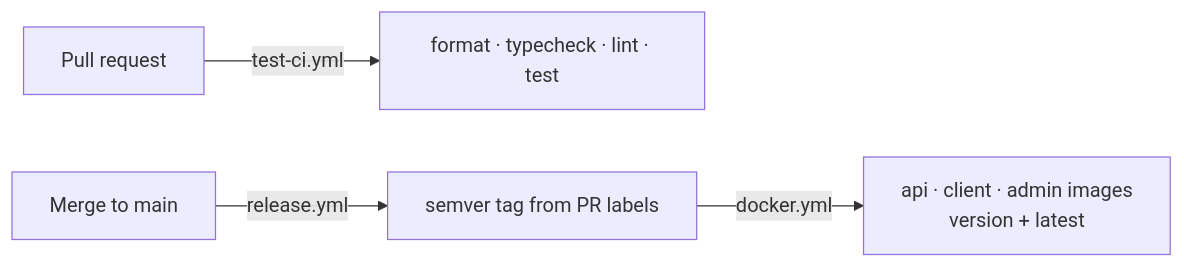
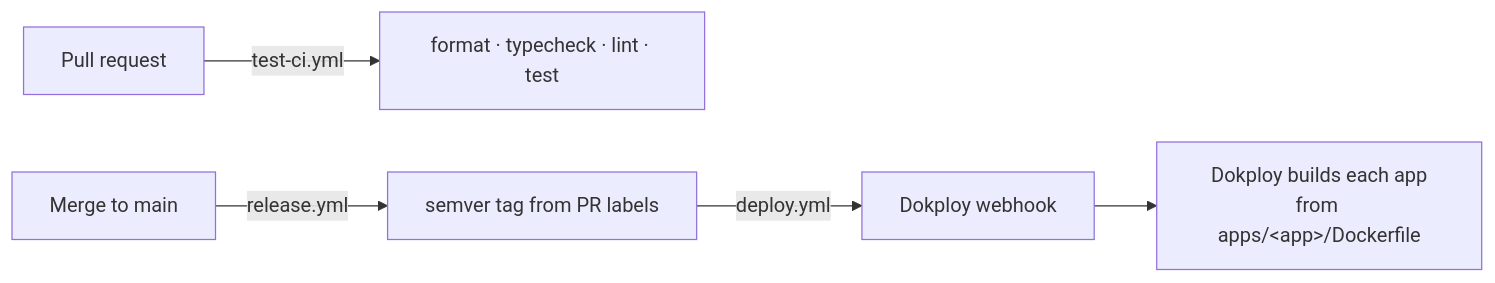
The diagram in docs/architecture/05-operations.md (RetrouveCI/retrouve-ci), drawn with Mermaid before and after one commit. The commit also changed other lines of this file and 4 other files, not shown here.

````diff
--- a/docs/architecture/05-operations.md
+++ b/docs/architecture/05-operations.md
@@ -89,6 +89,7 @@
 ```mermaid
 flowchart LR
   pr[Pull request] -->|test-ci.yml| checks[format · typecheck · lint · test]
   merge[Merge to main] -->|release.yml| tag[semver tag from PR labels]
-  tag -->|docker.yml| images[api · client · admin images<br/>version + latest]
+  tag -->|deploy.yml| hook[Dokploy webhook]
+  hook --> dokploy[Dokploy builds each app<br/>from apps/&lt;app&gt;/Dockerfile]
 ```
````
